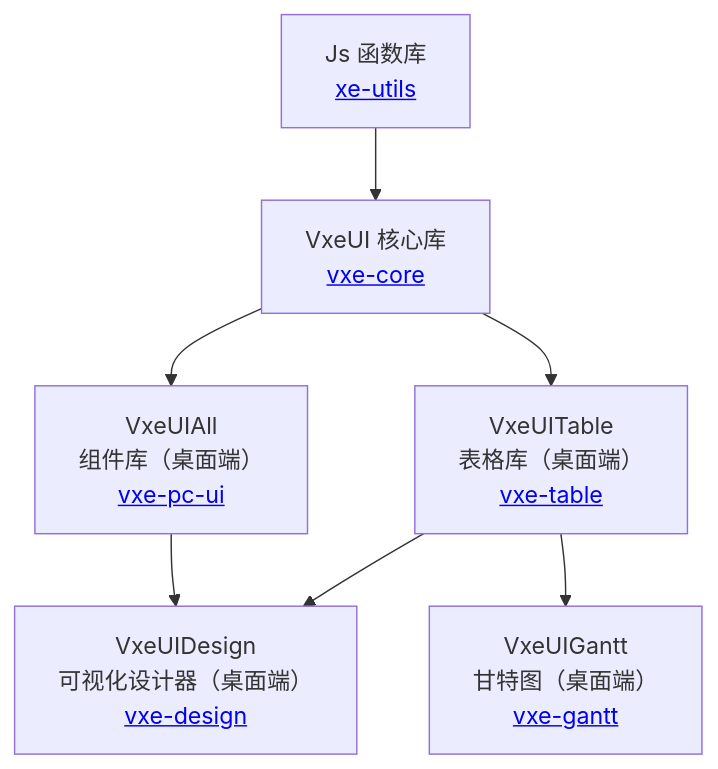
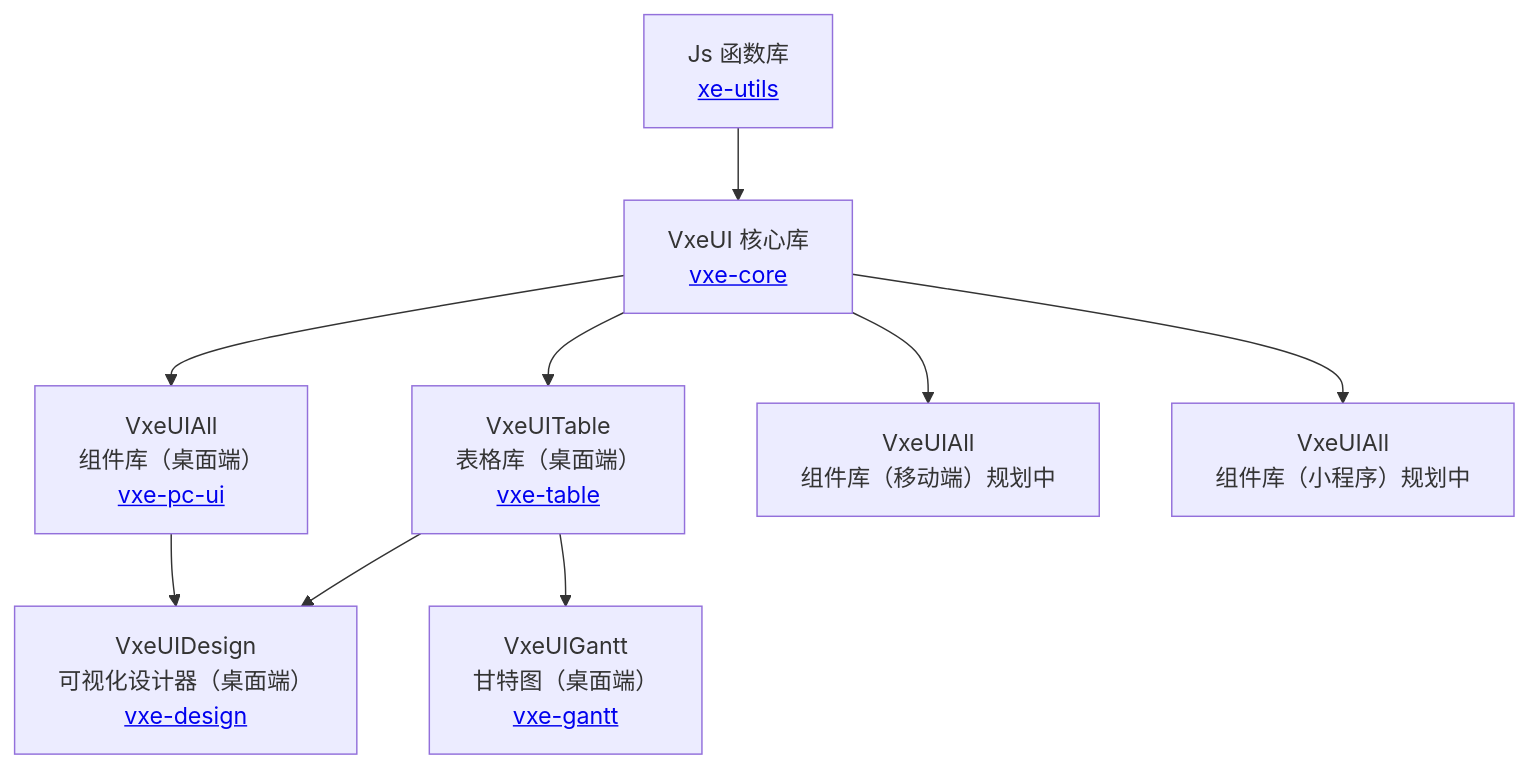
Before and after one commit to x-extends/vxe-ui-docs: the first of 4 diagrams in framework.md, drawn with Mermaid.

````diff
--- a/framework.md
+++ b/framework.md
@@ -3,9 +3,11 @@
 ```mermaid
 graph TD;
     xe-utils[Js 函数库<br><a href="https://github.com/x-extends/xe-utils" target="_blank">xe-utils</a>]-->vxe-core[VxeUI 核心库<br><a href="https://github.com/x-extends/vxe-core" target="_blank">vxe-core</a>];
     vxe-core-->vxe-pc-ui[VxeUIAll<br>组件库（桌面端）<br><a href="https://github.com/x-extends/vxe-pc-ui" target="_blank">vxe-pc-ui</a>];
     vxe-core-->vxe-table[VxeUITable<br>表格库（桌面端）<br><a href="https://github.com/x-extends/vxe-table" target="_blank">vxe-table</a>];
+    vxe-core-->vxe-mobile-ui[VxeUIAll<br>组件库（移动端）规划中];
+    vxe-core-->vxe-mini-ui[VxeUIAll<br>组件库（小程序）规划中];
     vxe-table-->vxe-gantt[VxeUIGantt<br>甘特图（桌面端）<br><a href="https://github.com/x-extends/vxe-gantt" target="_blank">vxe-gantt</a>];
     vxe-pc-ui-->vxe-design[VxeUIDesign<br>可视化设计器（桌面端）<br><a href="https://github.com/x-extends/vxe-design" target="_blank">vxe-design</a>];
     vxe-table-->vxe-design;
 ```
````
